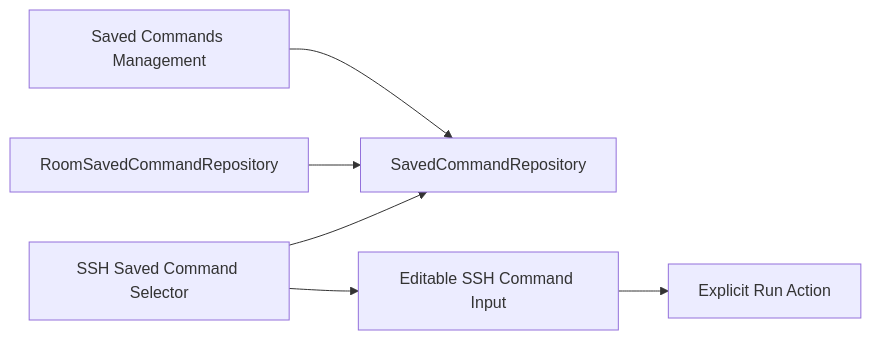
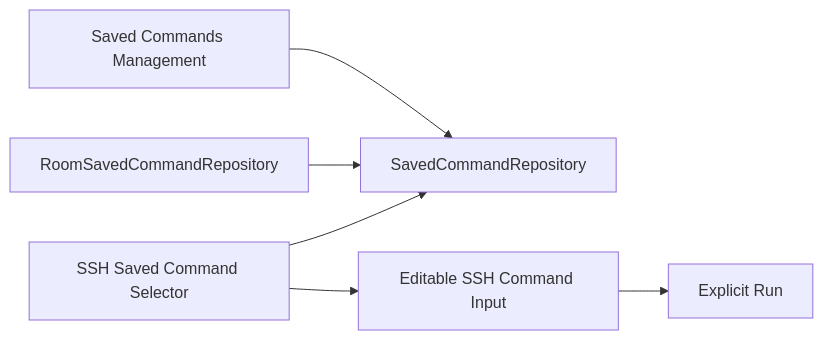
Before and after one commit to hamedtanha/ServerToolkit: the third of 3 diagrams in docs/ARCHITECTURE_ATLAS.md, drawn with Mermaid. The commit also changed other lines of this file and 12 other files, not shown here.

First line of the commit message:
architecture: enforce dependency contract and synchronize documentation (#189)

````diff
--- a/docs/ARCHITECTURE_ATLAS.md
+++ b/docs/ARCHITECTURE_ATLAS.md
@@ -443,15 +282,15 @@
 ```mermaid
 flowchart LR
     Management[Saved Commands Management]
     Repository[SavedCommandRepository]
     Room[RoomSavedCommandRepository]
     Selector[SSH Saved Command Selector]
     Input[Editable SSH Command Input]
-    Run[Explicit Run Action]
+    Run[Explicit Run]
 
     Management --> Repository
     Room --> Repository
     Selector --> Repository
     Selector --> Input
     Input --> Run
 ```
````
